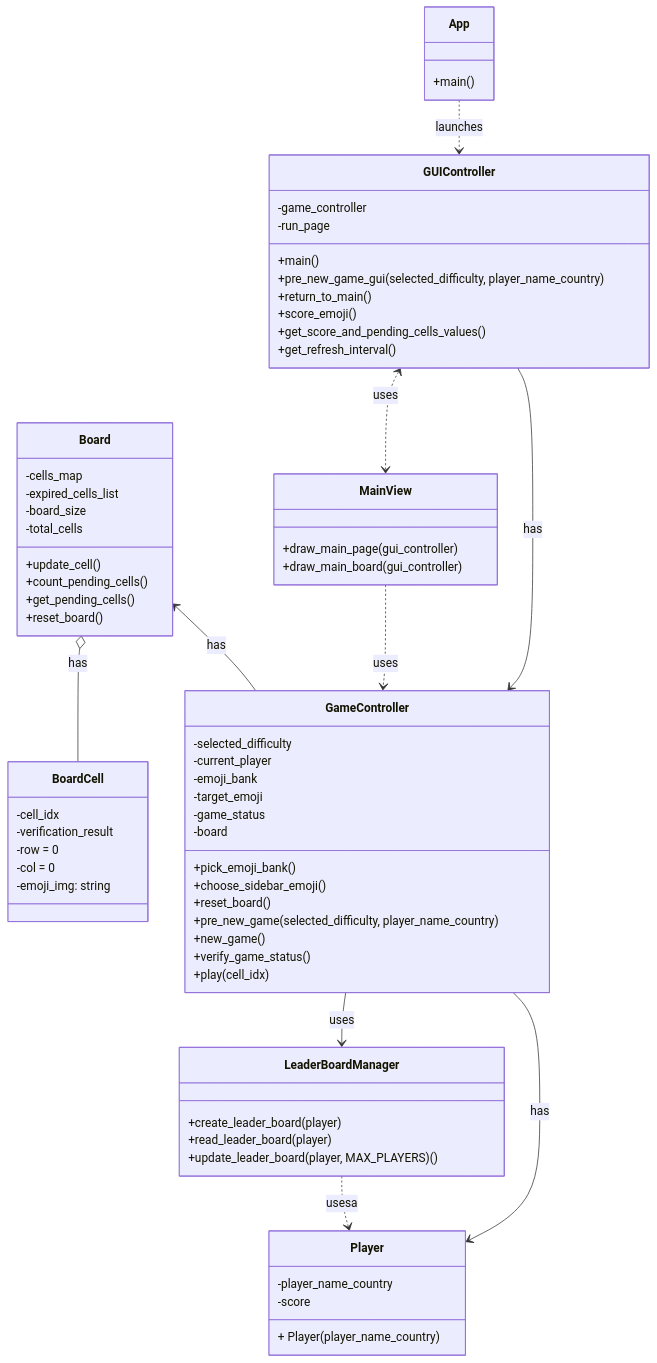
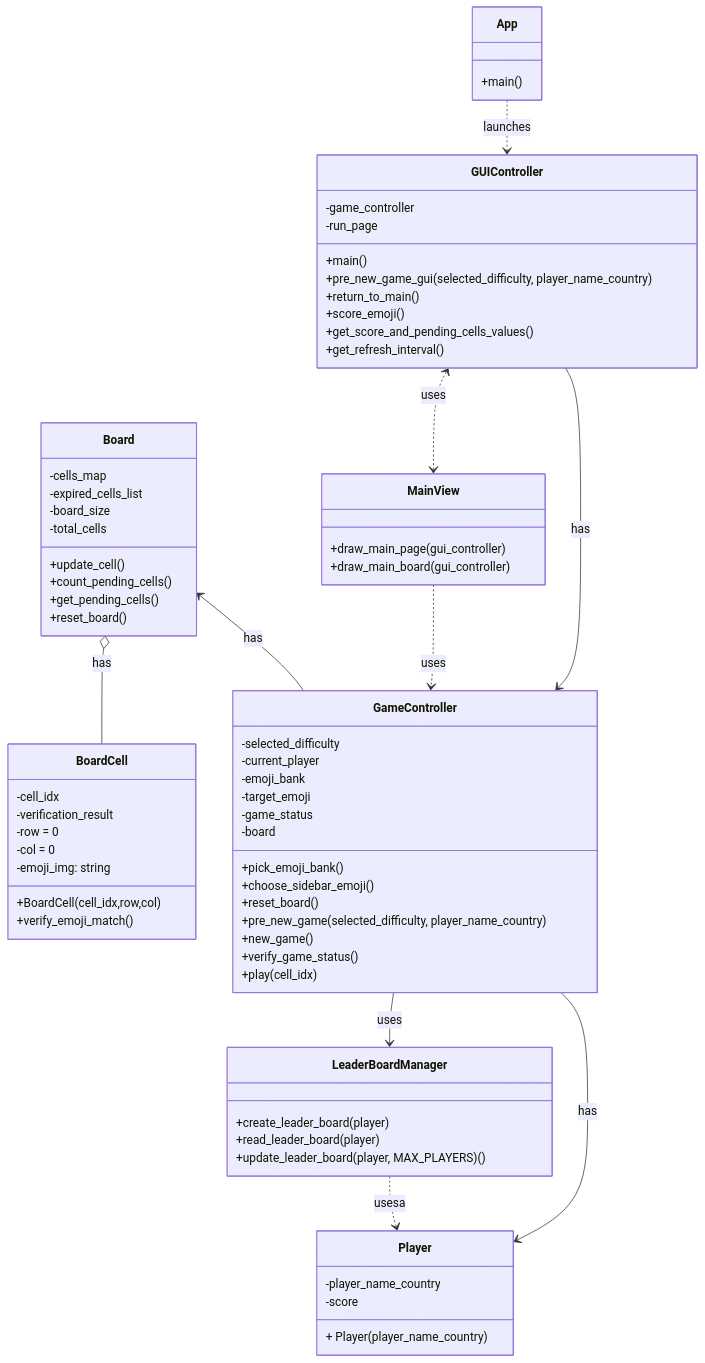
The diagram in README.md (300CIS017-Object-Oriented-Programming/9.-pixmatch_refactor), drawn with Mermaid before and after one commit. The commit also changed 4 other files, not shown here.

````diff
--- a/README.md
+++ b/README.md
@@ -36,72 +36,74 @@
 ```mermaid
 classDiagram
     class GameController {
         -selected_difficulty
         -current_player
         -emoji_bank
         -target_emoji
         -game_status
         -board
         +pick_emoji_bank()
         +choose_sidebar_emoji()
         +reset_board()
         +pre_new_game(selected_difficulty, player_name_country)
         +new_game()
         +verify_game_status()
         +play(cell_idx)
     }
     class GUIController {
         -game_controller
         -run_page
         +main()
         +pre_new_game_gui(selected_difficulty, player_name_country)
         +return_to_main()
         +score_emoji()
         +get_score_and_pending_cells_values()
         +get_refresh_interval()
     }
     class Board {
         -cells_map
         -expired_cells_list
         -board_size
         -total_cells 
         +update_cell()
         +count_pending_cells()
         +get_pending_cells()
         +reset_board()
     }
     class BoardCell {
         -cell_idx
         -verification_result
         -row = 0
         -col = 0
         -emoji_img: string
+        +BoardCell(cell_idx,row,col)
+        +verify_emoji_match()
     }
     class LeaderBoardManager {
         +create_leader_board(player)
         +read_leader_board(player)
         +update_leader_board(player, MAX_PLAYERS)()
     }
     class Player {
         -player_name_country
         -score
         
         + Player(player_name_country)
     }
     class MainView {
         +draw_main_page(gui_controller)
         +draw_main_board(gui_controller)
     }
     class App {
         +main()
     }
     GUIController --> GameController : has
     Board <-- GameController : has
     Board o-- BoardCell : has
     GameController --> Player : has
     GameController --> LeaderBoardManager : uses
     LeaderBoardManager ..> Player : usesa
     MainView ..> GameController : uses
     GUIController <..> MainView : uses
     App ..> GUIController : launches
 ```
````
